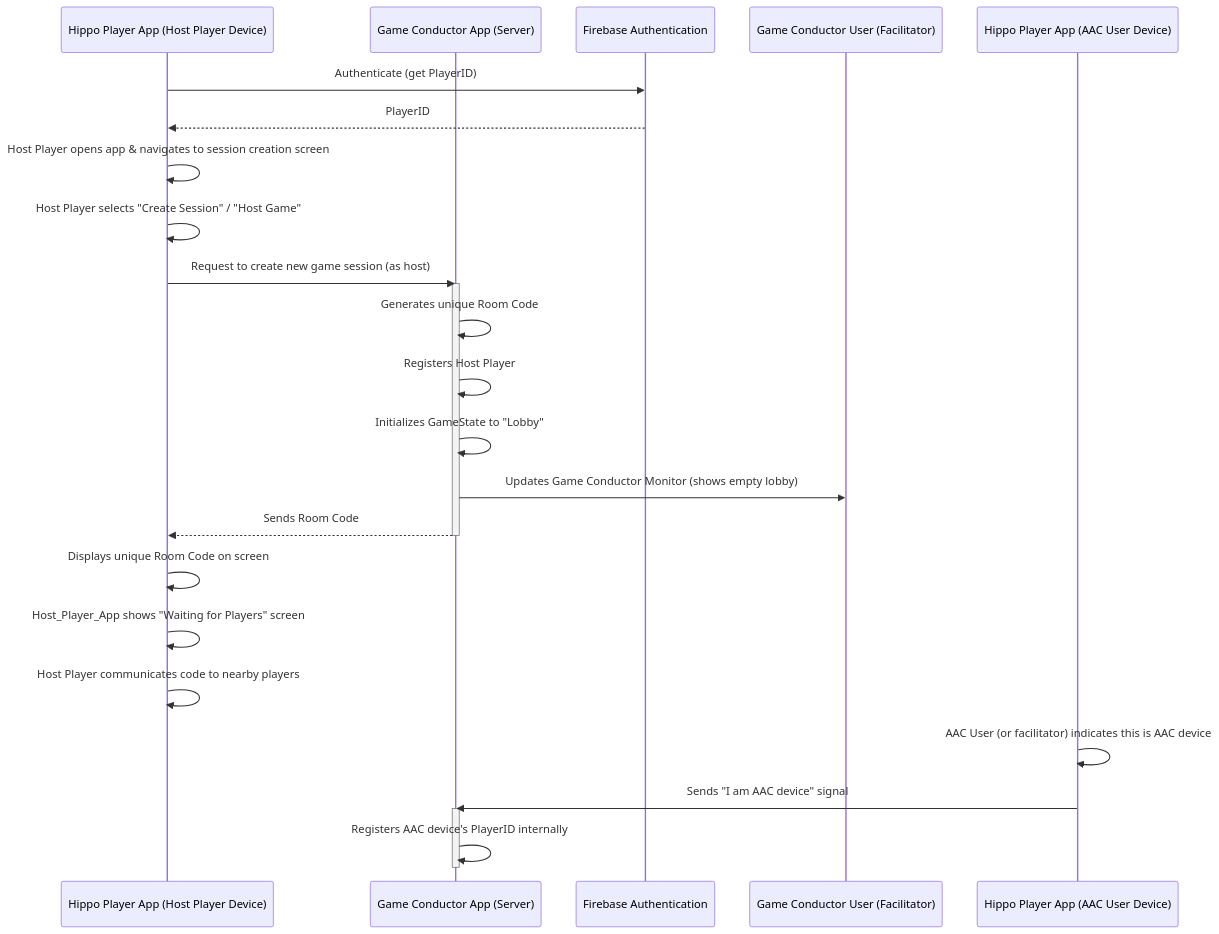
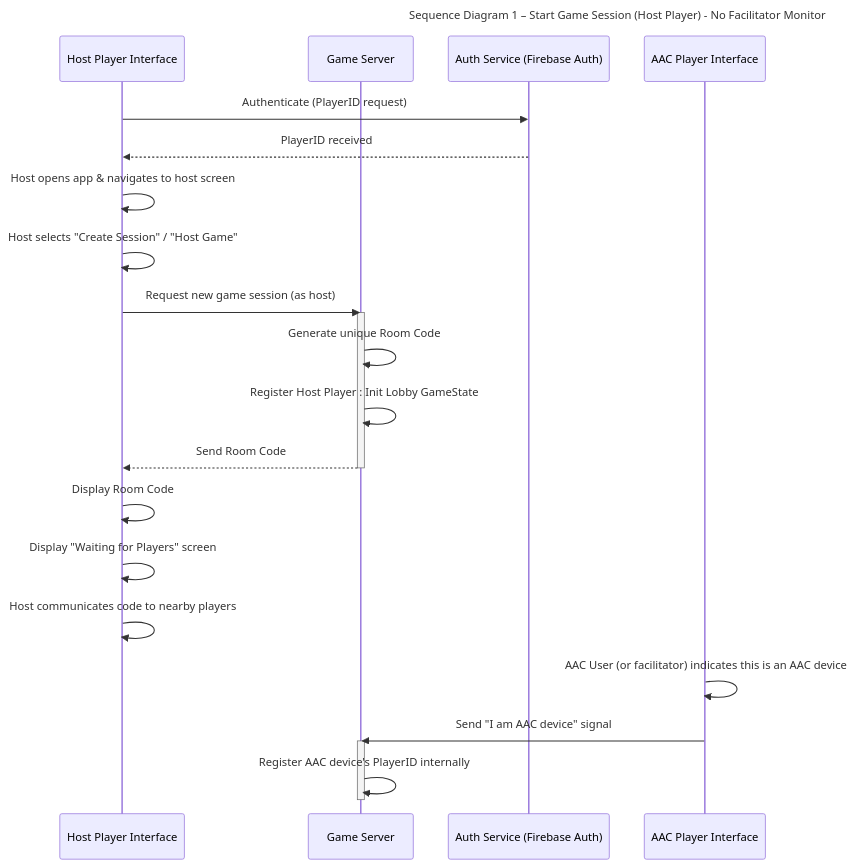
The first of 5 diagrams in documentation/docs/system-architecture/sequence-diagrams.md (tug74295/project-acc-hungry-hippos), drawn with Mermaid before and after one commit. The commit also changed other lines of this file, not shown here.

Commit message:
Update sequence-diagrams.md use case 1

````diff
--- a/documentation/docs/system-architecture/sequence-diagrams.md
+++ b/documentation/docs/system-architecture/sequence-diagrams.md
@@ -19,34 +19,35 @@
 ```mermaid
+---
+title: Sequence Diagram 1 – Start Game Session (Host Player) - No Facilitator Monitor
+---
 
-   sequenceDiagram
-    participant Host_Player_App as Hippo Player App (Host Player Device)
-    participant GC_App as Game Conductor App (Server)
-    participant Firebase_Auth as Firebase Authentication
-    participant GC_User as Game Conductor User (Facilitator)
-    participant AAC_Player_App as Hippo Player App (AAC User Device)
+sequenceDiagram
+    participant Host_Interface as Host Player Interface
+    participant Game_Server as Game Server
+    participant Auth_Service as Auth Service (Firebase Auth)
+    participant AAC_Interface as AAC Player Interface
 
-    Host_Player_App->>Firebase_Auth: Authenticate (get PlayerID)
-    Firebase_Auth-->>Host_Player_App: PlayerID
-    Host_Player_App->>Host_Player_App: Host Player opens app & navigates to session creation screen
-    Host_Player_App->>Host_Player_App: Host Player selects "Create Session" / "Host Game"
+    Host_Interface->>Auth_Service: Authenticate (PlayerID request)
+    Auth_Service-->>Host_Interface: PlayerID received
 
-    Host_Player_App->>GC_App: Request to create new game session (as host)
-    activate GC_App
-    GC_App->>GC_App: Generates unique Room Code
-    GC_App->>GC_App: Registers Host Player
-    GC_App->>GC_App: Initializes GameState to "Lobby"
-    GC_App->>GC_User: Updates Game Conductor Monitor (shows empty lobby)
-    GC_App-->>Host_Player_App: Sends Room Code
-    deactivate GC_App
+    Host_Interface->>Host_Interface: Host opens app & navigates to host screen
+    Host_Interface->>Host_Interface: Host selects "Create Session" / "Host Game"
 
-    Host_Player_App->>Host_Player_App: Displays unique Room Code on screen
-    Host_Player_App->>Host_Player_App: Host_Player_App shows "Waiting for Players" screen
-    Host_Player_App->>Host_Player_App: Host Player communicates code to nearby players
+    Host_Interface->>Game_Server: Request new game session (as host)
+    activate Game_Server
+    Game_Server->>Game_Server: Generate unique Room Code
+    Game_Server->>Game_Server: Register Host Player : Init Lobby GameState
+    Game_Server-->>Host_Interface: Send Room Code
+    deactivate Game_Server
 
-    AAC_Player_App->>AAC_Player_App: AAC User (or facilitator) indicates this is AAC device
-    AAC_Player_App->>GC_App: Sends "I am AAC device" signal
-    activate GC_App
-    GC_App->>GC_App: Registers AAC device's PlayerID internally
-    deactivate GC_App
+    Host_Interface->>Host_Interface: Display Room Code
+    Host_Interface->>Host_Interface: Display "Waiting for Players" screen
+    Host_Interface->>Host_Interface: Host communicates code to nearby players
 
+    AAC_Interface->>AAC_Interface: AAC User (or facilitator) indicates this is an AAC device
+    AAC_Interface->>Game_Server: Send "I am AAC device" signal
+    activate Game_Server
+    Game_Server->>Game_Server: Register AAC device's PlayerID internally
+    deactivate Game_Server
+   
 ```
````
